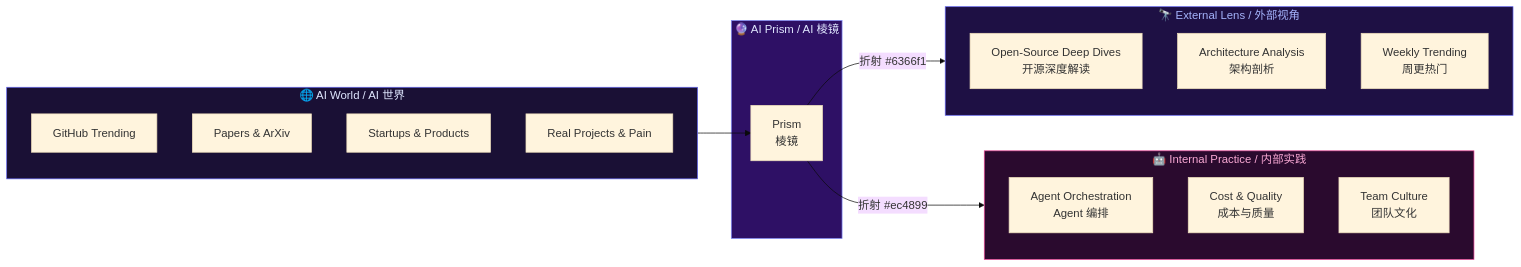
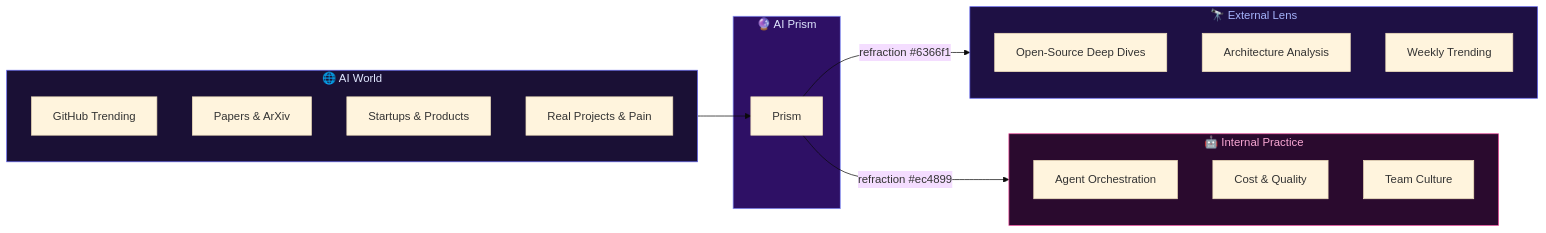
One commit to VokoForge/ai-prism changed the first of 2 diagrams in README.md. Above: the diagram before and after it, drawn with Mermaid (base theme). The commit also changed other lines of this file and 111 other files, not shown here.

````diff
--- a/README.md
+++ b/README.md
@@ -32,34 +27,34 @@
 ```mermaid
 graph LR
-    subgraph Input["🌐 AI World / AI 世界"]
+    subgraph Input["🌐 AI World"]
         A1["GitHub Trending"]
         A2["Papers & ArXiv"]
         A3["Startups & Products"]
         A4["Real Projects & Pain"]
     end
 
-    subgraph Prism["🔮 AI Prism / AI 棱镜"]
-        P["Prism<br/>棱镜"]
+    subgraph Prism["🔮 AI Prism"]
+        P["Prism"]
     end
 
-    subgraph Lens1["🔭 External Lens / 外部视角"]
-        B1["Open-Source Deep Dives<br/>开源深度解读"]
-        B2["Architecture Analysis<br/>架构剖析"]
-        B3["Weekly Trending<br/>周更热门"]
+    subgraph Lens1["🔭 External Lens"]
+        B1["Open-Source Deep Dives"]
+        B2["Architecture Analysis"]
+        B3["Weekly Trending"]
     end
 
-    subgraph Lens2["🤖 Internal Practice / 内部实践"]
-        C1["Agent Orchestration<br/>Agent 编排"]
-        C2["Cost & Quality<br/>成本与质量"]
-        C3["Team Culture<br/>团队文化"]
+    subgraph Lens2["🤖 Internal Practice"]
+        C1["Agent Orchestration"]
+        C2["Cost & Quality"]
+        C3["Team Culture"]
     end
 
     Input --> P
-    P -->|"折射 #6366f1"| Lens1
-    P -->|"折射 #ec4899"| Lens2
+    P -->|"refraction #6366f1"| Lens1
+    P -->|"refraction #ec4899"| Lens2
 
     style Input fill:#1a1035,stroke:#6366f1,color:#e0e7ff
     style Prism fill:#2e1065,stroke:#818cf8,color:#e0e7ff
     style Lens1 fill:#1e1044,stroke:#6366f1,color:#a5b4fc
     style Lens2 fill:#2a0a2e,stroke:#ec4899,color:#f9a8d4
 ```
````
